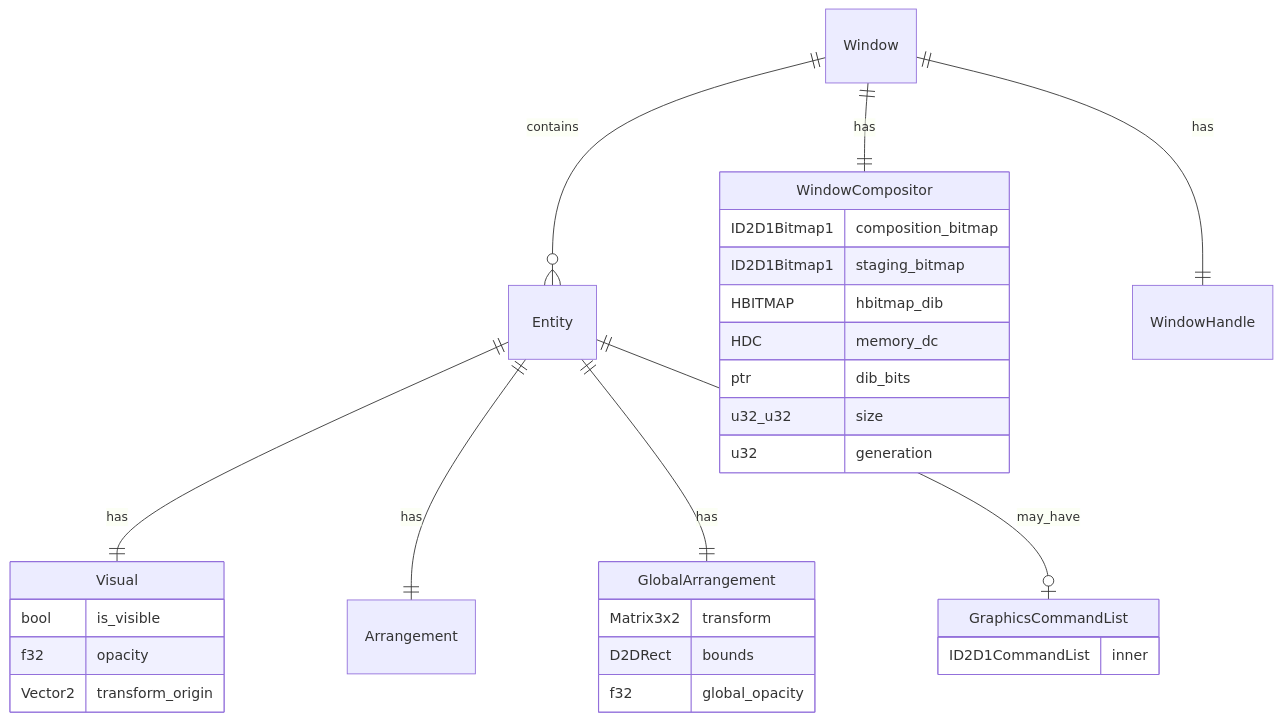
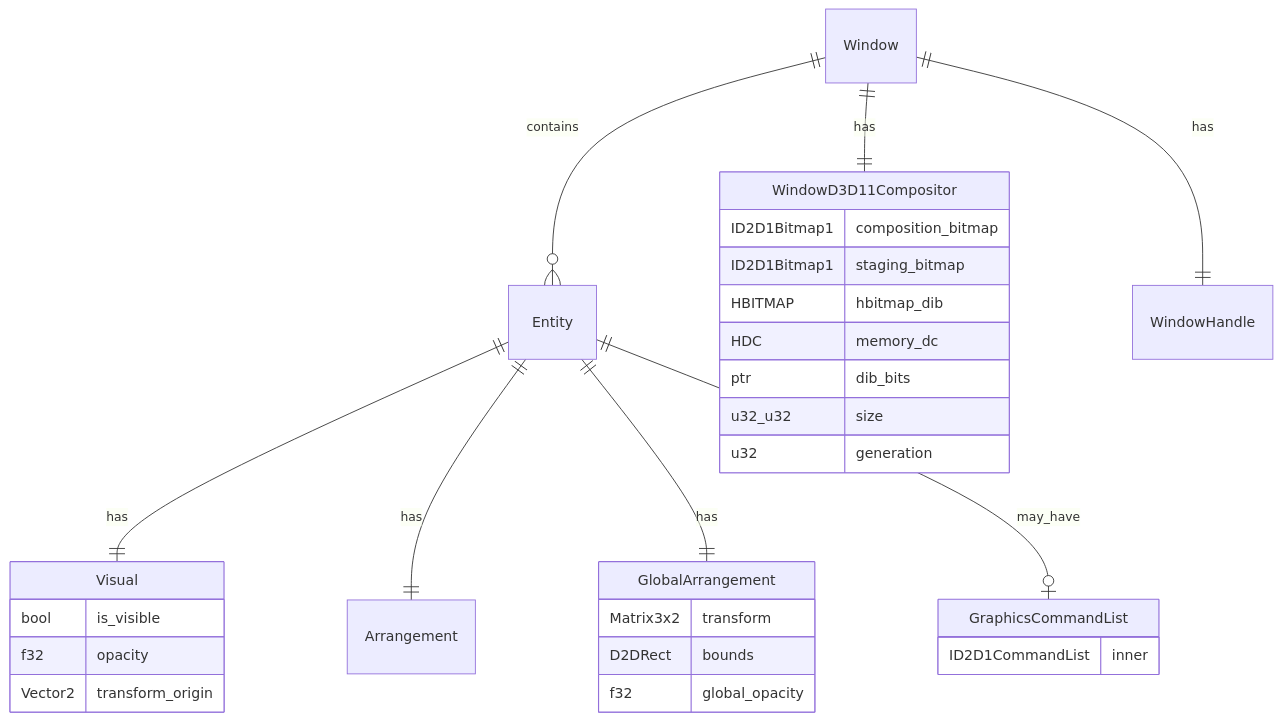
The fifth of 6 diagrams in .kiro/specs/wintf-dcomp-to-layered-migration/design.md (ekicyou/areka), drawn with Mermaid before and after one commit. The commit also changed other lines of this file and 1 other file, not shown here.

````diff
--- a/.kiro/specs/wintf-dcomp-to-layered-migration/design.md
+++ b/.kiro/specs/wintf-dcomp-to-layered-migration/design.md
@@ -600,37 +600,37 @@
 ```mermaid
 erDiagram
     Window ||--o{ Entity : contains
-    Window ||--|| WindowCompositor : has
+    Window ||--|| WindowD3D11Compositor : has
     Window ||--|| WindowHandle : has
 
     Entity ||--|| Visual : has
     Entity ||--|| Arrangement : has
     Entity ||--|| GlobalArrangement : has
     Entity ||--o| GraphicsCommandList : may_have
 
-    WindowCompositor {
+    WindowD3D11Compositor {
         ID2D1Bitmap1 composition_bitmap
         ID2D1Bitmap1 staging_bitmap
         HBITMAP hbitmap_dib
         HDC memory_dc
         ptr dib_bits
         u32_u32 size
         u32 generation
     }
 
     Visual {
         bool is_visible
         f32 opacity
         Vector2 transform_origin
     }
 
     GlobalArrangement {
         Matrix3x2 transform
         D2DRect bounds
         f32 global_opacity
     }
 
     GraphicsCommandList {
         ID2D1CommandList inner
     }
 ```
````
